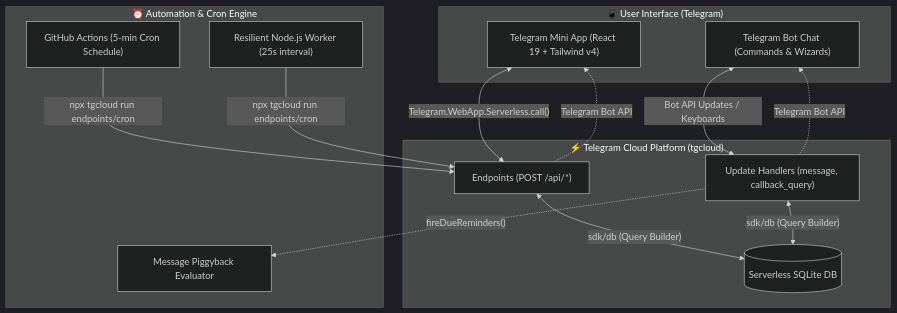
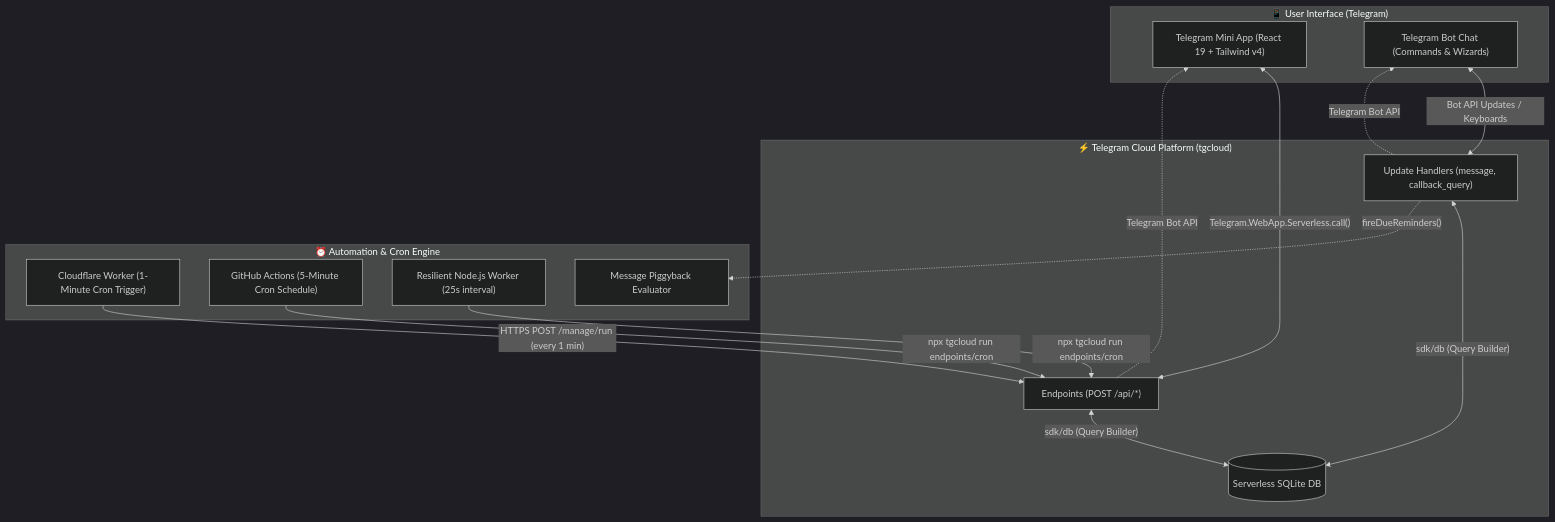
Before and after one commit to sina-sparkn/Remnoten: the diagram in README.md, drawn with Mermaid (dark theme). The commit also changed other lines of this file and 1 other file, not shown here.

Commit message:
Update README with Cloudflare Cron, UI improvements, and quad-redundancy scheduler

````diff
--- a/README.md
+++ b/README.md
@@ -77,30 +81,32 @@
 ```mermaid
 flowchart TD
     subgraph Client["📱 User Interface (Telegram)"]
         TMA["Telegram Mini App (React 19 + Tailwind v4)"]
         BOT_CHAT["Telegram Bot Chat (Commands & Wizards)"]
     end
 
     subgraph Serverless["⚡ Telegram Cloud Platform (tgcloud)"]
         EP["Endpoints (POST /api/*)"]
         HANDLERS["Update Handlers (message, callback_query)"]
         DB[(Serverless SQLite DB)]
     end
 
     subgraph Automation["⏰ Automation & Cron Engine"]
-        GHA["GitHub Actions (5-min Cron Schedule)"]
+        CF["Cloudflare Worker (1-Minute Cron Trigger)"]
+        GHA["GitHub Actions (5-Minute Cron Schedule)"]
         WORKER["Resilient Node.js Worker (25s interval)"]
         PIGGYBACK["Message Piggyback Evaluator"]
     end
 
     TMA <-->|"Telegram.WebApp.Serverless.call()"| EP
     BOT_CHAT <-->|"Bot API Updates / Keyboards"| HANDLERS
     EP <-->|"sdk/db (Query Builder)"| DB
     HANDLERS <-->|"sdk/db (Query Builder)"| DB
 
+    CF -->|"HTTPS POST /manage/run (every 1 min)"| EP
     GHA -->|"npx tgcloud run endpoints/cron"| EP
     WORKER -->|"npx tgcloud run endpoints/cron"| EP
     HANDLERS -.->|"fireDueReminders()"| PIGGYBACK
     EP -.->|"Telegram Bot API"| TMA
     HANDLERS -.->|"Telegram Bot API"| BOT_CHAT
 ```
````
